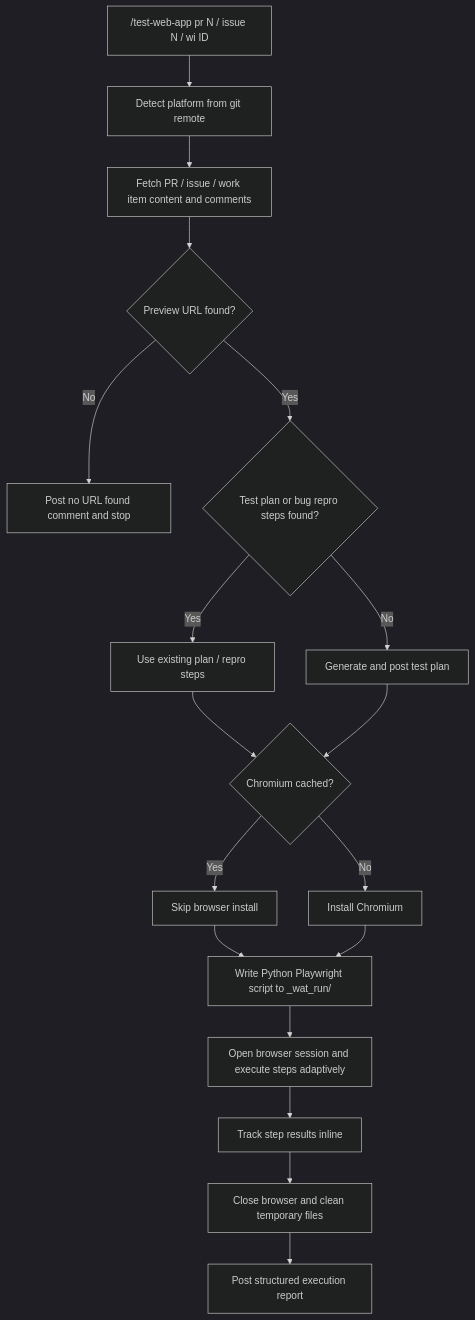
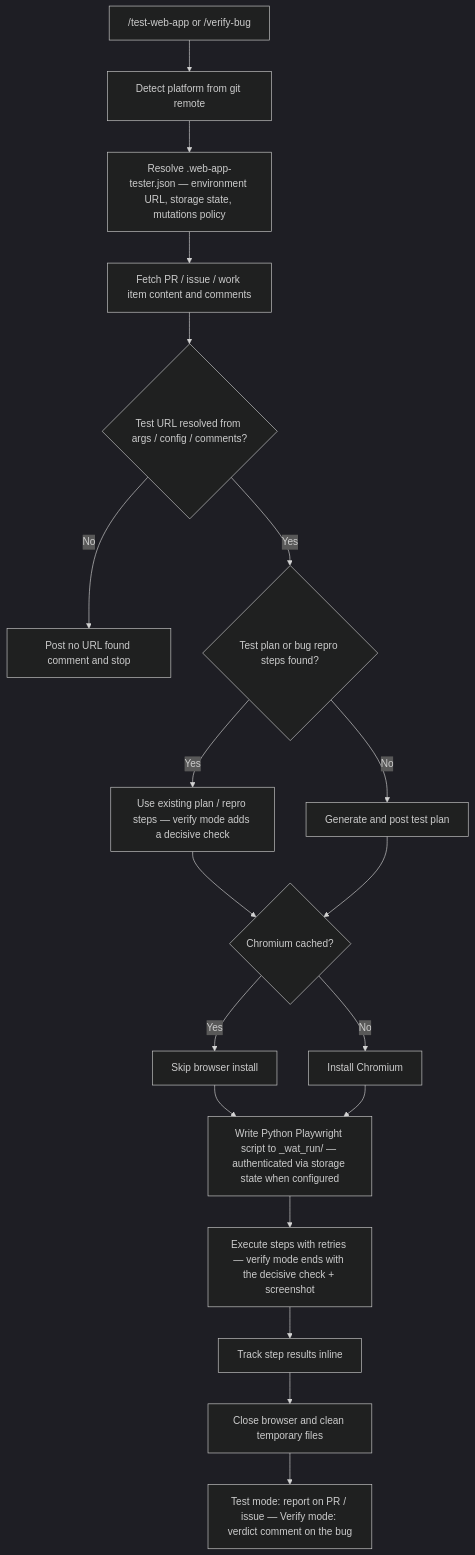
The diagram in src/content/docs/official-plugins/web-app-tester.md (Chamalasela/documentation), drawn with Mermaid (dark theme) before and after one commit. The commit also changed other lines of this file, not shown here.

Commit message:
doc: Update web-app-tester documentation for v1.1 - auth, environments, and /verify-bug mode

````diff
--- a/src/content/docs/official-plugins/web-app-tester.md
+++ b/src/content/docs/official-plugins/web-app-tester.md
@@ -20,20 +29,21 @@
 ```mermaid
 flowchart TD
-    A["/test-web-app pr N / issue N / wi ID"] --> P[Detect platform from git remote]
-    P --> B[Fetch PR / issue / work item content and comments]
-    B --> C{Preview URL found?}
+    A["/test-web-app or /verify-bug"] --> P[Detect platform from git remote]
+    P --> P1[Resolve .web-app-tester.json — environment URL, storage state, mutations policy]
+    P1 --> B[Fetch PR / issue / work item content and comments]
+    B --> C{Test URL resolved from args / config / comments?}
     C -- No --> D[Post no URL found comment and stop]
     C -- Yes --> E{Test plan or bug repro steps found?}
-    E -- Yes --> F[Use existing plan / repro steps]
+    E -- Yes --> F[Use existing plan / repro steps — verify mode adds a decisive check]
     E -- No --> G[Generate and post test plan]
     F --> H{Chromium cached?}
     G --> H
     H -- Yes --> I[Skip browser install]
     H -- No --> J[Install Chromium]
-    I --> K[Write Python Playwright script to _wat_run/]
+    I --> K[Write Python Playwright script to _wat_run/ — authenticated via storage state when configured]
     J --> K
-    K --> L[Open browser session and execute steps adaptively]
+    K --> L[Execute steps with retries — verify mode ends with the decisive check + screenshot]
     L --> M[Track step results inline]
     M --> N[Close browser and clean temporary files]
-    N --> O[Post structured execution report]
+    N --> O[Test mode: report on PR / issue — Verify mode: verdict comment on the bug]
 ```
````
